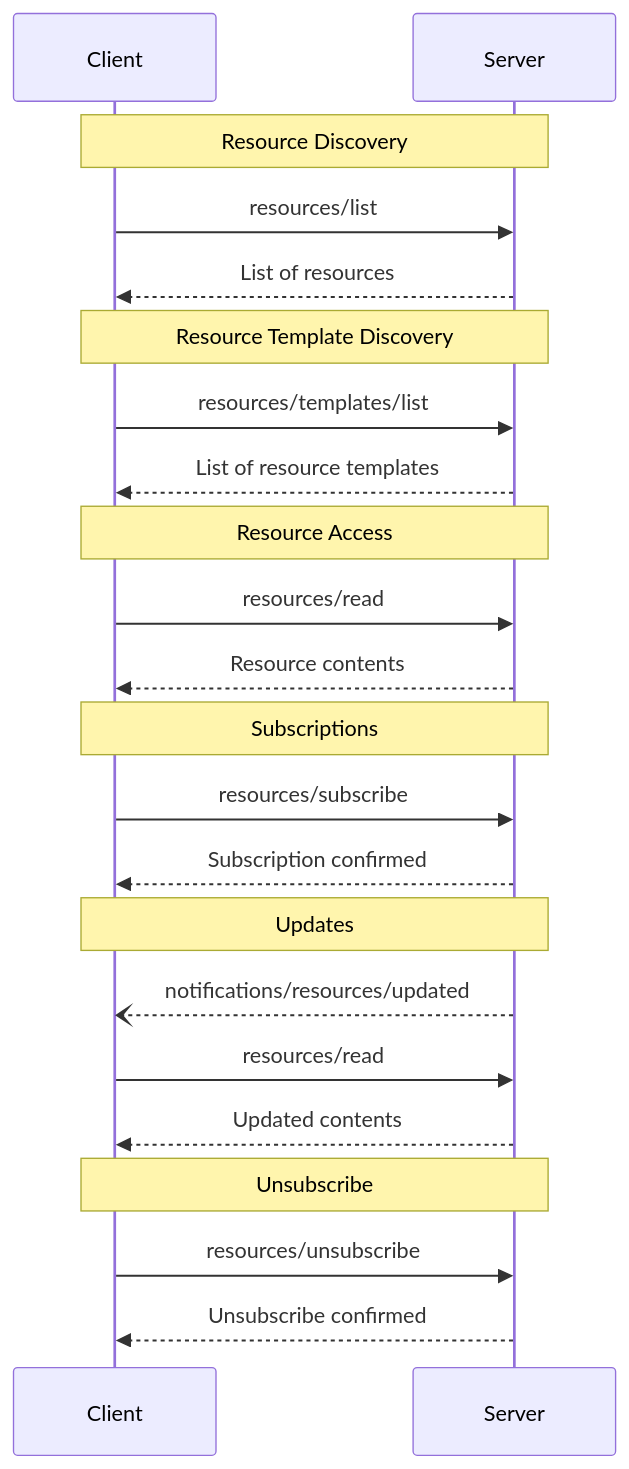
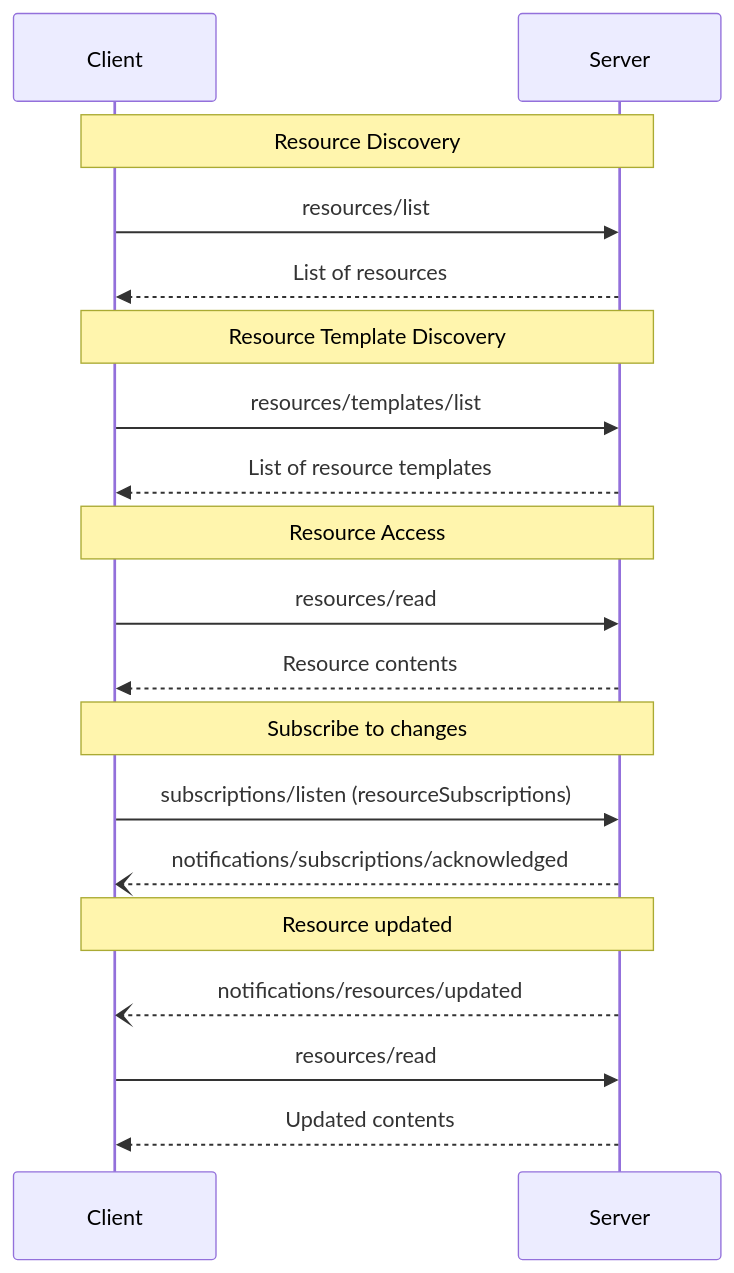
The diagram in 01_Raw/github/modelcontextprotocol/modelcontextprotocol/docs/specification/draft/server/resources.mdx (NickCollect/ai-coding-runbook), drawn with Mermaid before and after one commit. The commit also changed other lines of this file and 151 other files, not shown here.

````diff
--- a/01_Raw/github/modelcontextprotocol/modelcontextprotocol/docs/specification/draft/server/resources.mdx
+++ b/01_Raw/github/modelcontextprotocol/modelcontextprotocol/docs/specification/draft/server/resources.mdx
@@ -291,30 +246,26 @@
 ```mermaid
 sequenceDiagram
     participant Client
     participant Server
 
     Note over Client,Server: Resource Discovery
     Client->>Server: resources/list
     Server-->>Client: List of resources
 
     Note over Client,Server: Resource Template Discovery
     Client->>Server: resources/templates/list
     Server-->>Client: List of resource templates
 
     Note over Client,Server: Resource Access
     Client->>Server: resources/read
     Server-->>Client: Resource contents
 
-    Note over Client,Server: Subscriptions
-    Client->>Server: resources/subscribe
-    Server-->>Client: Subscription confirmed
+    Note over Client,Server: Subscribe to changes
+    Client->>Server: subscriptions/listen (resourceSubscriptions)
+    Server--)Client: notifications/subscriptions/acknowledged
 
-    Note over Client,Server: Updates
+    Note over Client,Server: Resource updated
     Server--)Client: notifications/resources/updated
     Client->>Server: resources/read
     Server-->>Client: Updated contents
-
-    Note over Client,Server: Unsubscribe
-    Client->>Server: resources/unsubscribe
-    Server-->>Client: Unsubscribe confirmed
 ```
````
